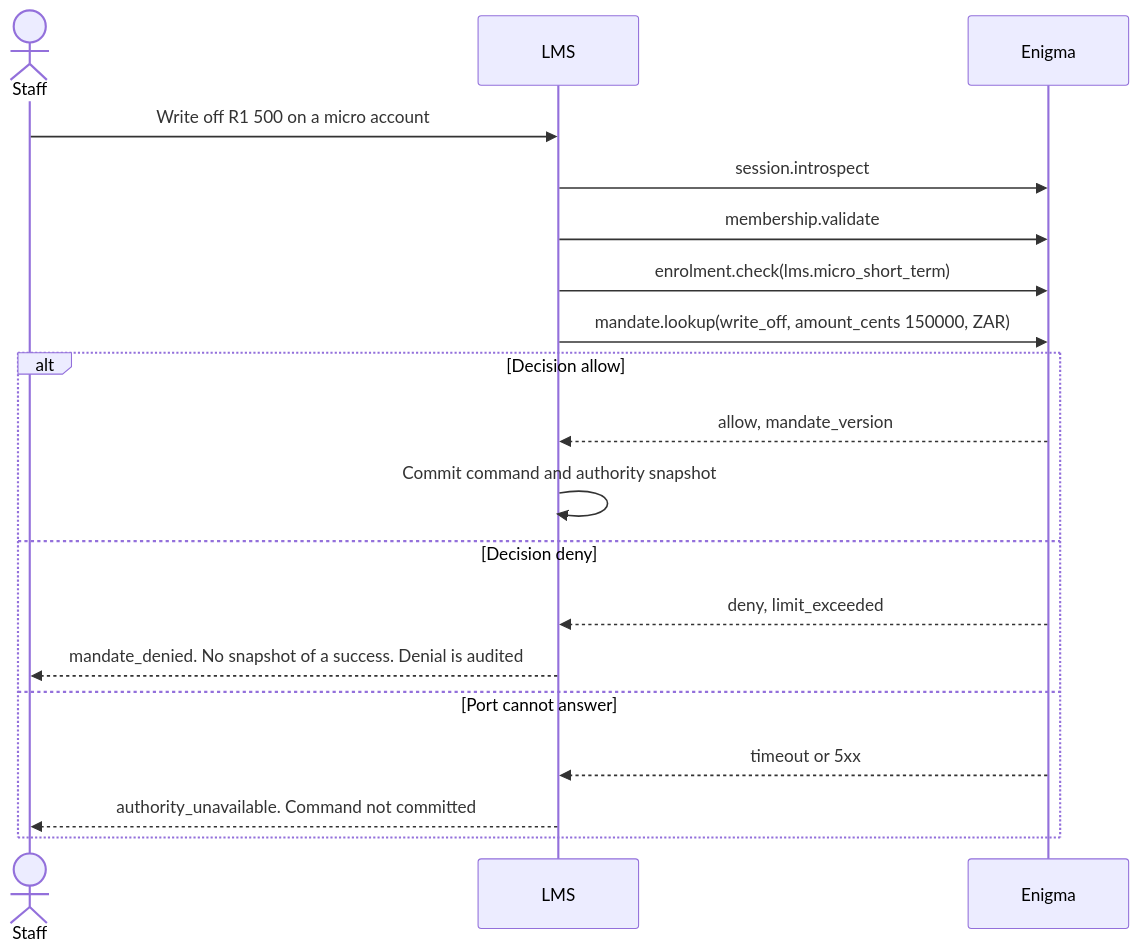
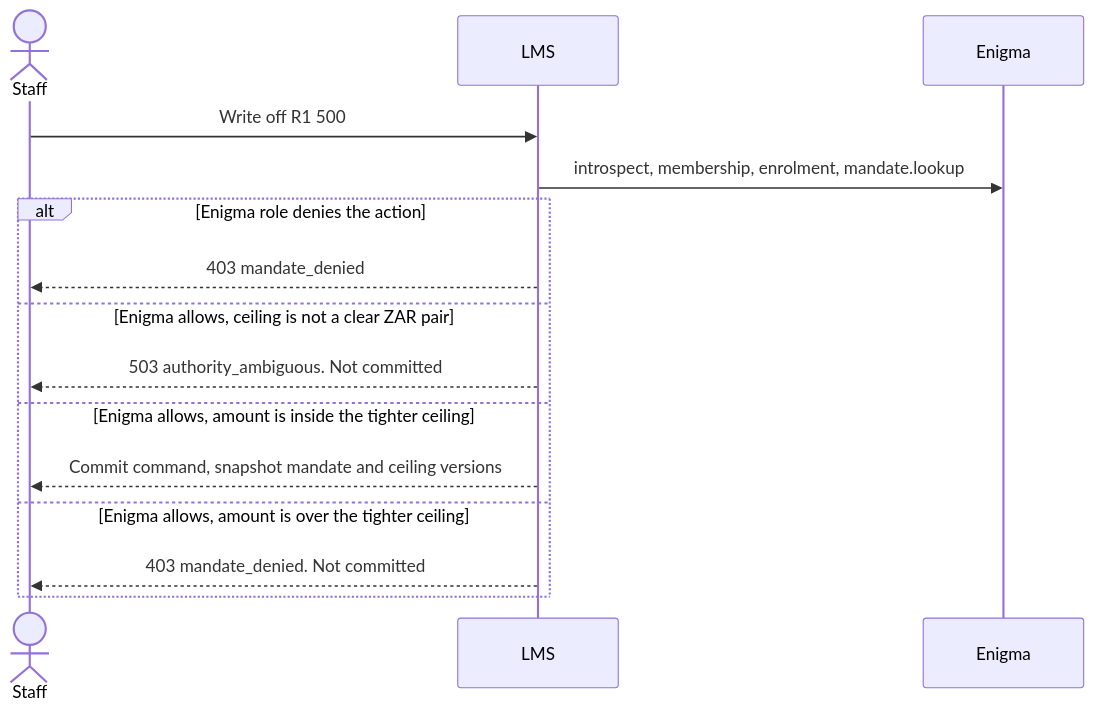
Before and after one commit to eugene-ehlers/LMS: the third of 3 diagrams in docs/enigma/lms-enigma-interface.md, drawn with Mermaid. The commit also changed other lines of this file and 15 other files, not shown here.

First line of the commit message:
Lock the Enigma port decisions and sketch the LMS session edge.

````diff
--- a/docs/enigma/lms-enigma-interface.md
+++ b/docs/enigma/lms-enigma-interface.md
@@ -392,21 +291,17 @@
 ```mermaid
 sequenceDiagram
   actor Staff
   participant LMS
   participant Enigma
-  Staff->>LMS: Write off R1 500 on a micro account
-  LMS->>Enigma: session.introspect
-  LMS->>Enigma: membership.validate
-  LMS->>Enigma: enrolment.check(lms.micro_short_term)
-  LMS->>Enigma: mandate.lookup(write_off, amount_cents 150000, ZAR)
-  alt Decision allow
-    Enigma-->>LMS: allow, mandate_version
-    LMS->>LMS: Commit command and authority snapshot
-  else Decision deny
-    Enigma-->>LMS: deny, limit_exceeded
-    LMS-->>Staff: mandate_denied. No snapshot of a success. Denial is audited
-  else Port cannot answer
-    Enigma-->>LMS: timeout or 5xx
-    LMS-->>Staff: authority_unavailable. Command not committed
+  Staff->>LMS: Write off R1 500
+  LMS->>Enigma: introspect, membership, enrolment, mandate.lookup
+  alt Enigma role denies the action
+    LMS-->>Staff: 403 mandate_denied
+  else Enigma allows, ceiling is not a clear ZAR pair
+    LMS-->>Staff: 503 authority_ambiguous. Not committed
+  else Enigma allows, amount is inside the tighter ceiling
+    LMS-->>Staff: Commit command, snapshot mandate and ceiling versions
+  else Enigma allows, amount is over the tighter ceiling
+    LMS-->>Staff: 403 mandate_denied. Not committed
   end
 ```
````
